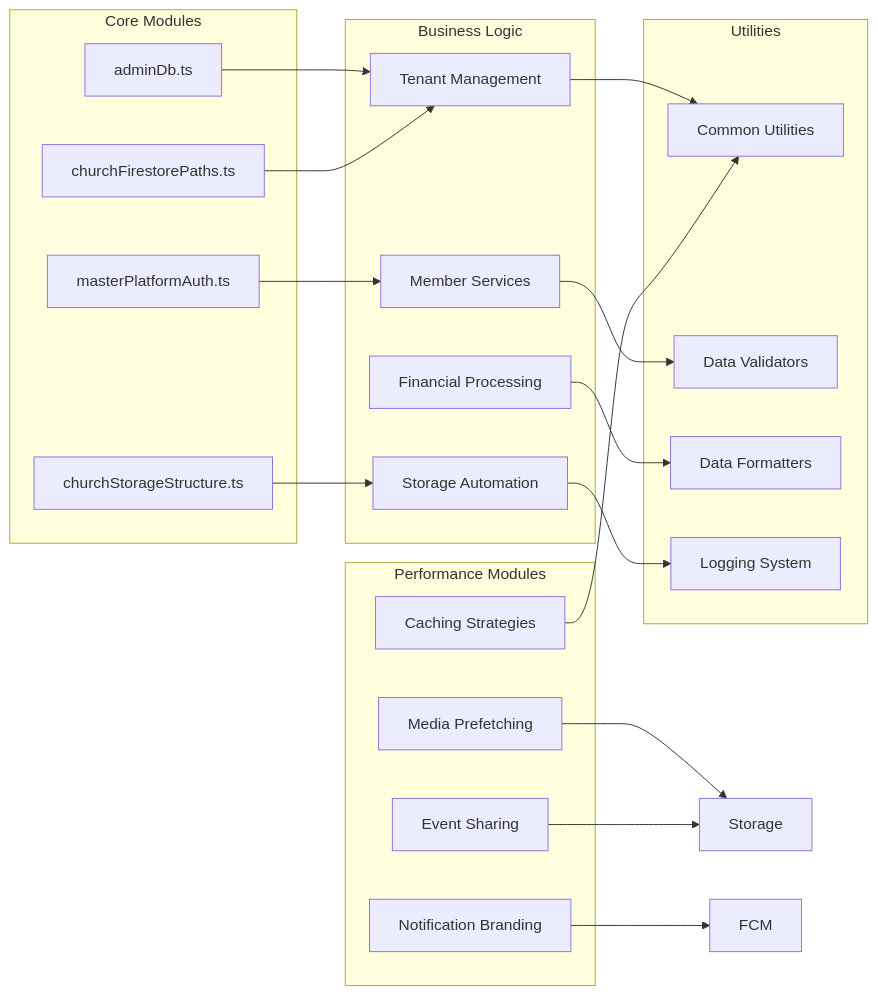
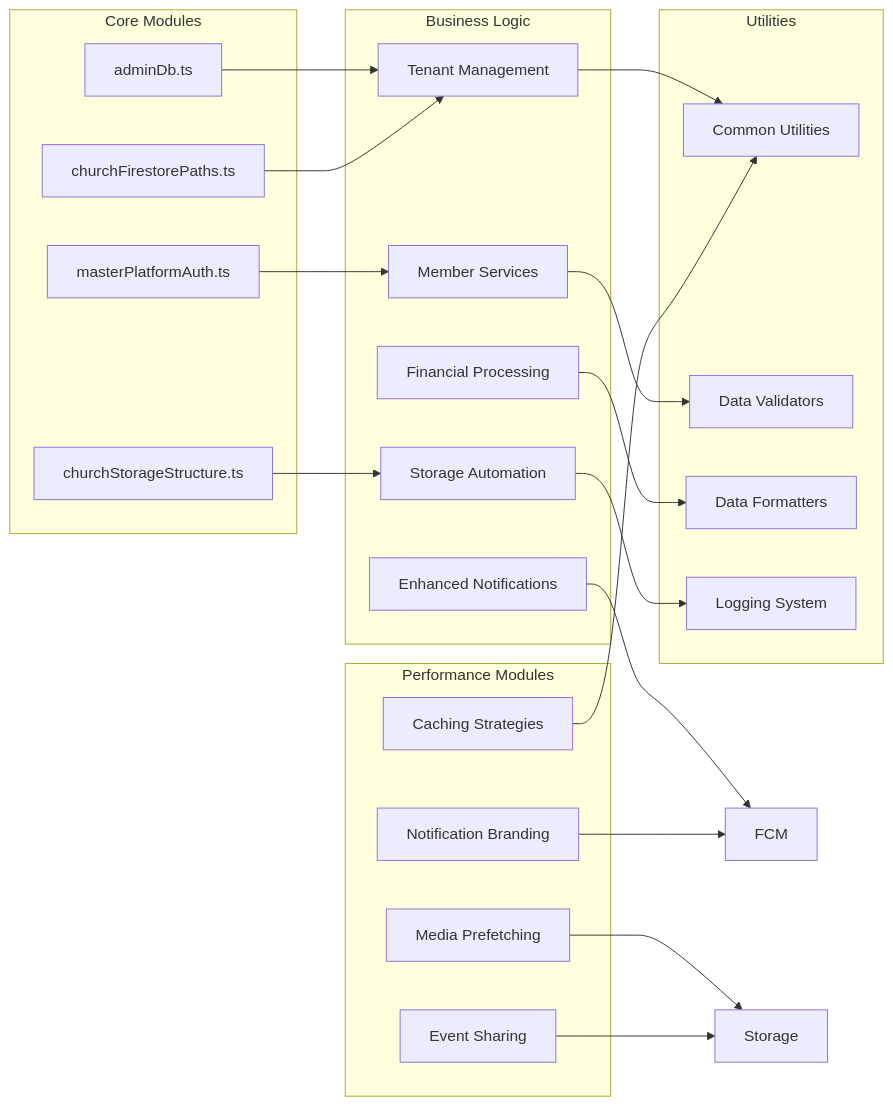
Before and after one commit to raihom-netizen/com.gestaoyahwehios.app: diagram 16 of 16 in .qoder/repowiki/en/content/Cloud Functions & Backend Services/Cloud Functions & Backend Services.md, drawn with Mermaid. The commit also changed other lines of this file and 161 other files, not shown here.

````diff
--- a/.qoder/repowiki/en/content/Cloud Functions & Backend Services/Cloud Functions & Backend Services.md
+++ b/.qoder/repowiki/en/content/Cloud Functions & Backend Services/Cloud Functions & Backend Services.md
@@ -595,39 +709,41 @@
 ```mermaid
 graph LR
 subgraph "Core Modules"
 AdminDb["adminDb.ts"]
 ChurchPaths["churchFirestorePaths.ts"]
 ChurchStorage["churchStorageStructure.ts"]
 MasterAuth["masterPlatformAuth.ts"]
 end
 subgraph "Business Logic"
 TenantMgmt["Tenant Management"]
 MemberServices["Member Services"]
 FinanceProc["Financial Processing"]
 StorageAuto["Storage Automation"]
+NotificationSys["Enhanced Notifications"]
 end
 subgraph "Performance Modules"
 CacheOpt["Caching Strategies"]
 MediaPrefetch["Media Prefetching"]
 NotificationBrand["Notification Branding"]
 EventShare["Event Sharing"]
 end
 subgraph "Utilities"
 Utils["Common Utilities"]
 Validators["Data Validators"]
 Formatters["Data Formatters"]
 Logger["Logging System"]
 end
 AdminDb --> TenantMgmt
 ChurchPaths --> TenantMgmt
 ChurchStorage --> StorageAuto
 MasterAuth --> MemberServices
 TenantMgmt --> Utils
 MemberServices --> Validators
 FinanceProc --> Formatters
 StorageAuto --> Logger
+NotificationSys --> FCM
 CacheOpt --> Utils
 MediaPrefetch --> Storage
 NotificationBrand --> FCM
 EventShare --> Storage
 ```
````
